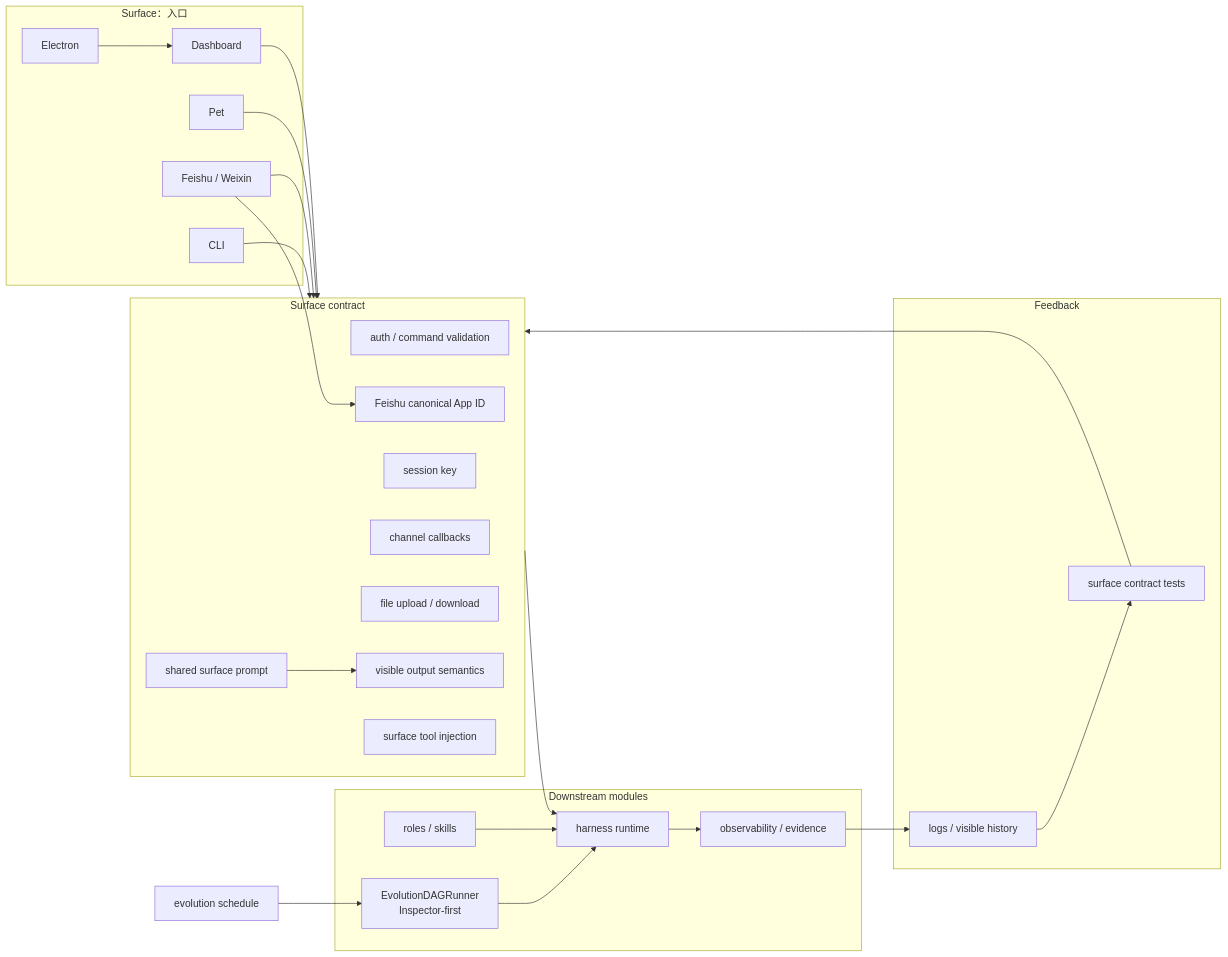
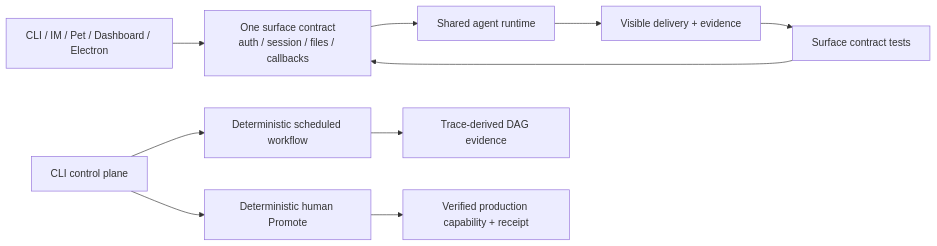
Before and after one commit to fightheyyy/XiaoBa-CLI: the second of 2 diagrams in docs/surface/SPEC.md, drawn with Mermaid. The commit also changed other lines of this file and 39 other files, not shown here.

````diff
--- a/docs/surface/SPEC.md
+++ b/docs/surface/SPEC.md
@@ -115,49 +57,12 @@
 ```mermaid
 flowchart LR
-    subgraph Surfaces["Surface：入口"]
-        CLI["CLI"]
-        IM["Feishu / Weixin"]
-        Pet["Pet"]
-        Dashboard["Dashboard"]
-        Desktop["Electron"]
-    end
-
-    subgraph Contract["Surface contract"]
-        Auth["auth / command validation"]
-        AppIdentity["Feishu canonical App ID"]
-        SessionKey["session key"]
-        Callbacks["channel callbacks"]
-        FileIO["file upload / download"]
-        Prompt["shared surface prompt"]
-        VisibleOutput["visible output semantics"]
-        SurfaceTools["surface tool injection"]
-    end
-
-    subgraph Runtime["Downstream modules"]
-        Harness["harness runtime"]
-        Policy["roles / skills"]
-        Evidence["observability / evidence"]
-        EvolutionDAG["EvolutionDAGRunner<br/>Inspector-first"]
-    end
-
-    subgraph Feedback["Feedback"]
-        Logs["logs / visible history"]
-        Tests["surface contract tests"]
-    end
-
-    CLI --> Contract
-    IM --> Contract
-    Pet --> Contract
-    Dashboard --> Contract
-    Desktop --> Dashboard
-    Schedule["evolution schedule"] --> EvolutionDAG
-    Prompt --> VisibleOutput
-    IM --> AppIdentity
-    Contract --> Harness
-    EvolutionDAG --> Harness
-    Policy --> Harness
-    Harness --> Evidence
-    Evidence --> Logs
-    Logs --> Tests
-    Tests --> Contract
+    Entrypoints["CLI / IM / Pet / Dashboard / Electron"] --> Contract["One surface contract<br/>auth / session / files / callbacks"]
+    Contract --> Runtime["Shared agent runtime"]
+    Runtime --> Delivery["Visible delivery + evidence"]
+    Delivery --> Verify["Surface contract tests"]
+    Verify --> Contract
+    CLI["CLI control plane"] --> Sleep["Deterministic scheduled workflow"]
+    Sleep --> Evidence["Trace-derived DAG evidence"]
+    CLI --> Promote["Deterministic human Promote"]
+    Promote --> Production["Verified production capability + receipt"]
 ```
````
